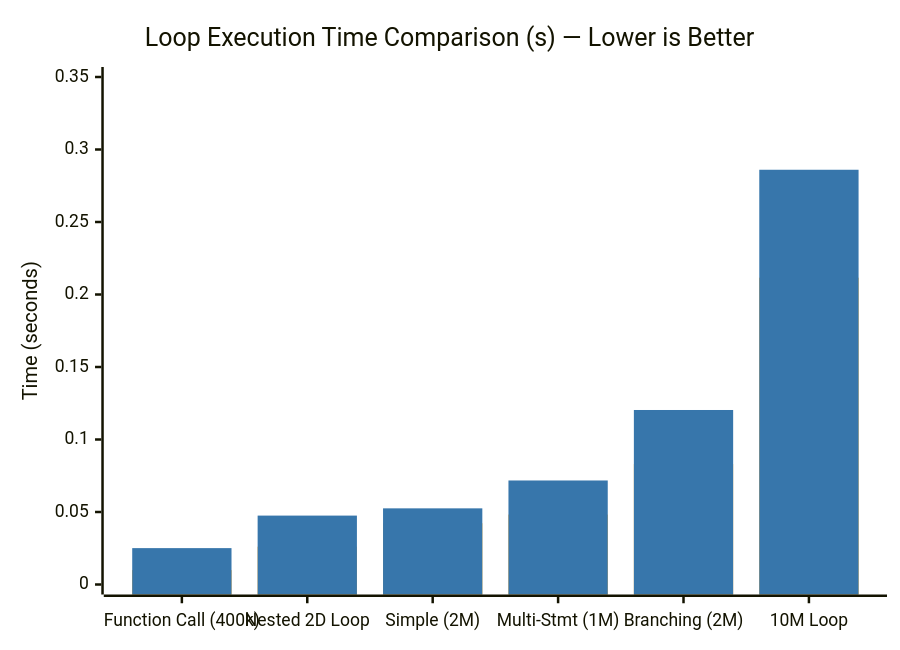
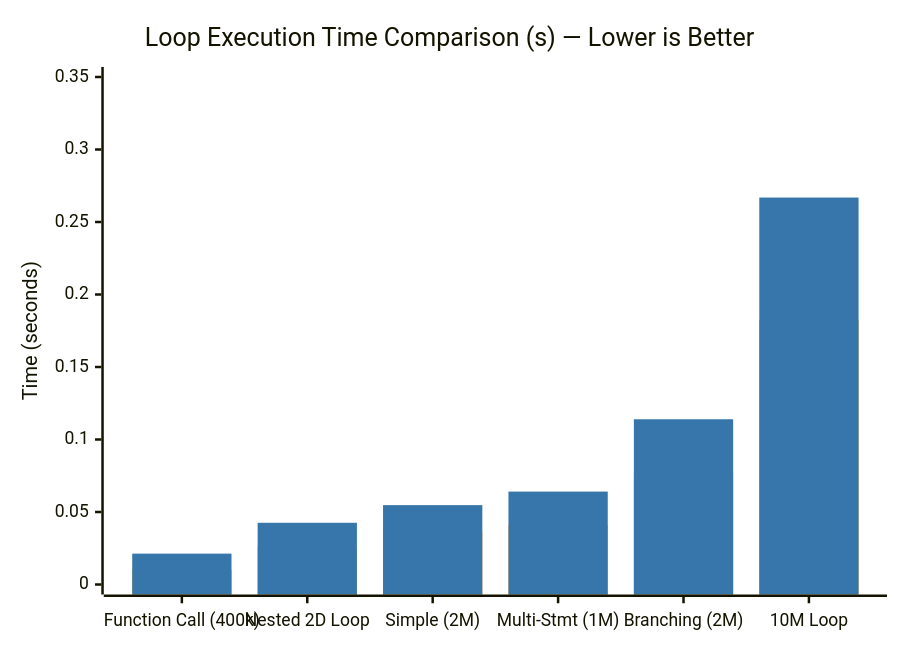
The second of 3 diagrams in benchmark.md (babar-xagi/zython-), drawn with Mermaid before and after one commit. The commit also changed other lines of this file and 37 other files, not shown here.

````diff
--- a/benchmark.md
+++ b/benchmark.md
@@ -63,9 +65,9 @@
 ```mermaid
 %%{init: {"themeVariables": {"xyChart": {"plotColorPalette": "#F7A41D, #3776AB"}}}}%%
 xychart-beta
     title "Loop Execution Time Comparison (s) — Lower is Better"
     x-axis ["Function Call (400k)", "Nested 2D Loop", "Simple (2M)", "Multi-Stmt (1M)", "Branching (2M)", "10M Loop"]
     y-axis "Time (seconds)" 0.0 --> 0.35
-    bar [0.00993, 0.02610, 0.04226, 0.04823, 0.08307, 0.21161]
-    bar [0.02509, 0.04752, 0.05252, 0.07174, 0.12035, 0.28603]
+    bar [0.01002, 0.02609, 0.03655, 0.04099, 0.07709, 0.18243]
+    bar [0.02129, 0.04257, 0.05474, 0.06408, 0.11396, 0.26686]
 ```
````
